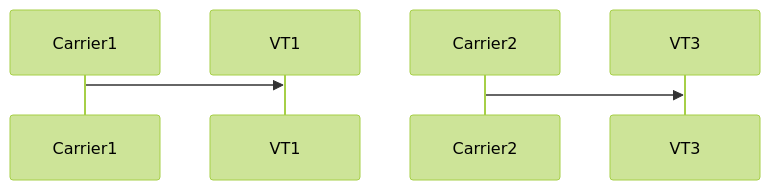
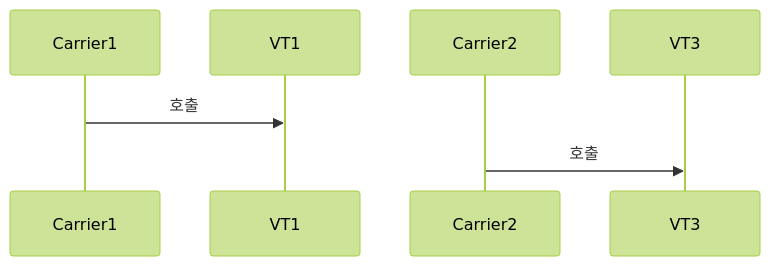
Before and after one commit to yjkim2015/yjkim2015.github.io: the second of 3 diagrams in _posts/java/2026-05-02-java-versions.md, drawn with Mermaid (forest theme). The commit also changed 85 other files, not shown here.

First line of the commit message:
sequenceDiagram 문법 에러 2차 수정 169개 (86파일)

````diff
--- a/_posts/java/2026-05-02-java-versions.md
+++ b/_posts/java/2026-05-02-java-versions.md
@@ -687,5 +687,5 @@
 ```mermaid
 sequenceDiagram
-    Carrier1->>VT1:
-    Carrier2->>VT3:
+    Carrier1->>VT1: 호출
+    Carrier2->>VT3: 호출
 ```
````
